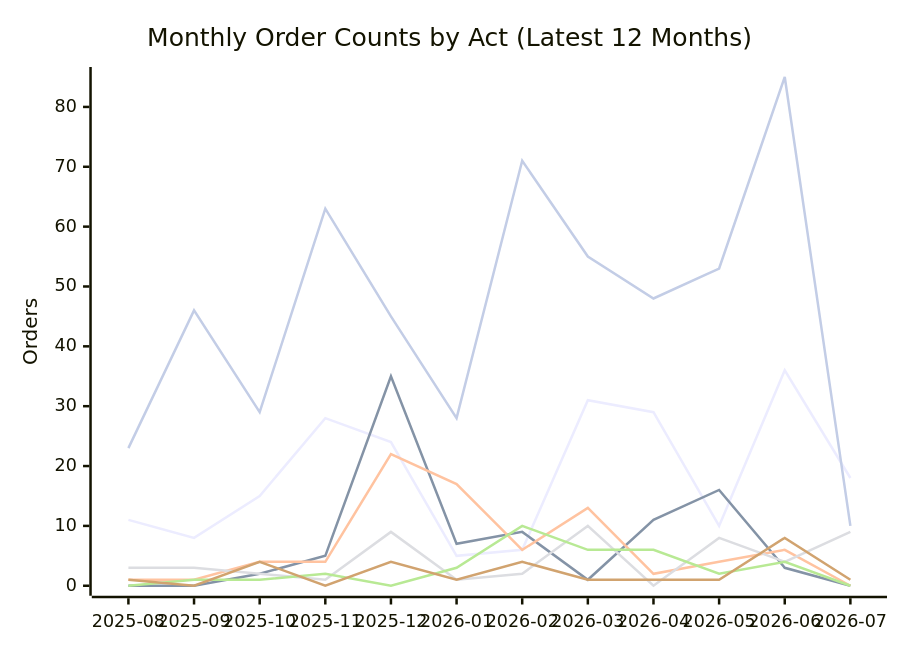
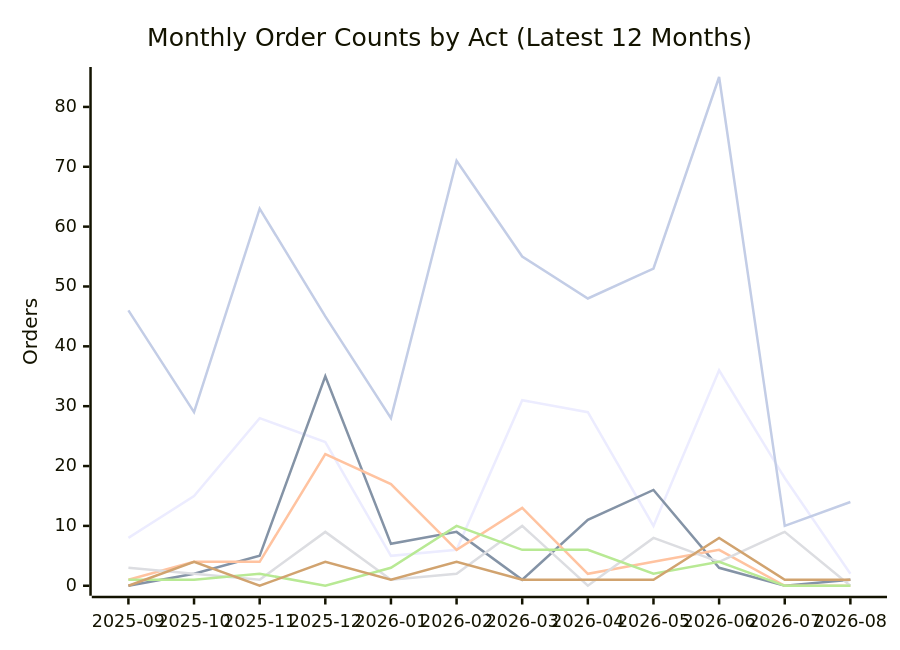
One commit to PatLittle/oic-data changed the second of 2 diagrams in README.md. Above: the diagram before and after it, drawn with Mermaid. The commit also changed other lines of this file and 37 other files, not shown here.

````diff
--- a/README.md
+++ b/README.md
@@ -71,13 +71,13 @@
 ```mermaid
 xychart-beta
     title "Monthly Order Counts by Act (Latest 12 Months)"
-    x-axis ["2025-08", "2025-09", "2025-10", "2025-11", "2025-12", "2026-01", "2026-02", "2026-03", "2026-04", "2026-05", "2026-06", "2026-07"]
+    x-axis ["2025-09", "2025-10", "2025-11", "2025-12", "2026-01", "2026-02", "2026-03", "2026-04", "2026-05", "2026-06", "2026-07", "2026-08"]
     y-axis "Orders" 0 --> 85
-    line [11, 8, 15, 28, 24, 5, 6, 31, 29, 10, 36, 18]
-    line [0, 0, 2, 5, 35, 7, 9, 1, 11, 16, 3, 0]
-    line [1, 1, 4, 4, 22, 17, 6, 13, 2, 4, 6, 0]
-    line [3, 3, 2, 1, 9, 1, 2, 10, 0, 8, 4, 9]
-    line [0, 1, 1, 2, 0, 3, 10, 6, 6, 2, 4, 0]
-    line [1, 0, 4, 0, 4, 1, 4, 1, 1, 1, 8, 1]
-    line [23, 46, 29, 63, 45, 28, 71, 55, 48, 53, 85, 10]
+    line [8, 15, 28, 24, 5, 6, 31, 29, 10, 36, 18, 2]
+    line [0, 2, 5, 35, 7, 9, 1, 11, 16, 3, 0, 1]
+    line [1, 4, 4, 22, 17, 6, 13, 2, 4, 6, 0, 0]
+    line [3, 2, 1, 9, 1, 2, 10, 0, 8, 4, 9, 0]
+    line [1, 1, 2, 0, 3, 10, 6, 6, 2, 4, 0, 0]
+    line [0, 4, 0, 4, 1, 4, 1, 1, 1, 8, 1, 1]
+    line [46, 29, 63, 45, 28, 71, 55, 48, 53, 85, 10, 14]
 ```
````
